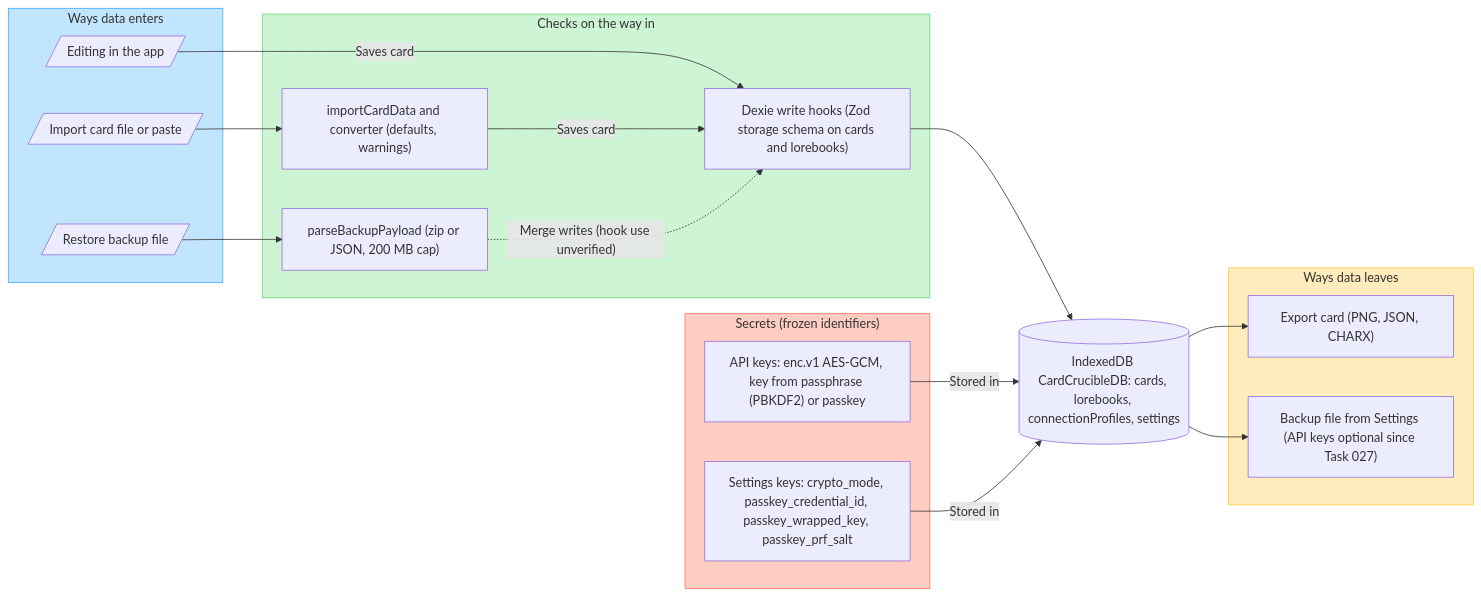
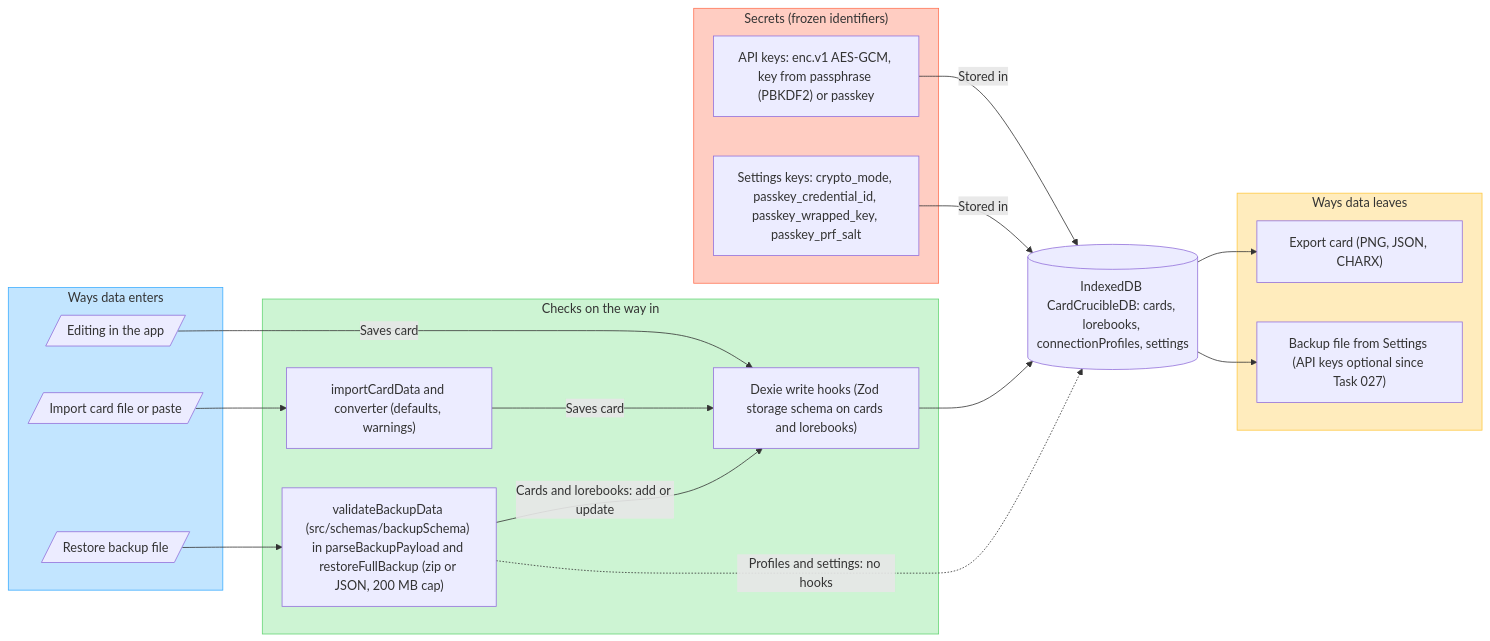
The second of 3 diagrams in docs/ARCHITECTURE.md (KarlMuzen/RoleplayForge), drawn with Mermaid before and after one commit. The commit also changed other lines of this file and 2 other files, not shown here.

Commit message:
docs: sync after restore check (hooks run on cards and lorebooks), 034/035 passed, BUGS entry

````diff
--- a/docs/ARCHITECTURE.md
+++ b/docs/ARCHITECTURE.md
@@ -73,38 +73,39 @@
 ```mermaid
 flowchart LR
     subgraph inputs ["Ways data enters"]
         edit[/"Editing in the app"/]
         imp[/"Import card file or paste"/]
         restore[/"Restore backup file"/]
     end
     subgraph guard ["Checks on the way in"]
         cardImport["importCardData and converter (defaults, warnings)"]
-        backupParse["parseBackupPayload (zip or JSON, 200 MB cap)"]
+        backupParse["validateBackupData (src/schemas/backupSchema) in parseBackupPayload and restoreFullBackup (zip or JSON, 200 MB cap)"]
         hooks["Dexie write hooks (Zod storage schema on cards and lorebooks)"]
     end
     dexie[("IndexedDB CardCrucibleDB: cards, lorebooks, connectionProfiles, settings")]
     subgraph secrets ["Secrets (frozen identifiers)"]
         vault["API keys: enc.v1 AES-GCM, key from passphrase (PBKDF2) or passkey"]
         vaultKeys["Settings keys: crypto_mode, passkey_credential_id, passkey_wrapped_key, passkey_prf_salt"]
     end
     subgraph outputs ["Ways data leaves"]
         exp["Export card (PNG, JSON, CHARX)"]
         backupOut["Backup file from Settings (API keys optional since Task 027)"]
     end
 
     edit -->|"Saves card"| hooks
     imp --> cardImport
     cardImport -->|"Saves card"| hooks
     restore --> backupParse
-    backupParse -.->|"Merge writes (hook use unverified)"| hooks
+    backupParse -->|"Cards and lorebooks: add or update"| hooks
+    backupParse -.->|"Profiles and settings: no hooks"| dexie
     hooks --> dexie
     vault -->|"Stored in"| dexie
     vaultKeys -->|"Stored in"| dexie
     dexie --> exp
     dexie --> backupOut
 
     style inputs fill:#C2E5FF,stroke:#3DADFF
     style guard fill:#CDF4D3,stroke:#66D575
     style secrets fill:#FFCDC2,stroke:#FF7556
     style outputs fill:#FFECBD,stroke:#FFC943
 ```
````
